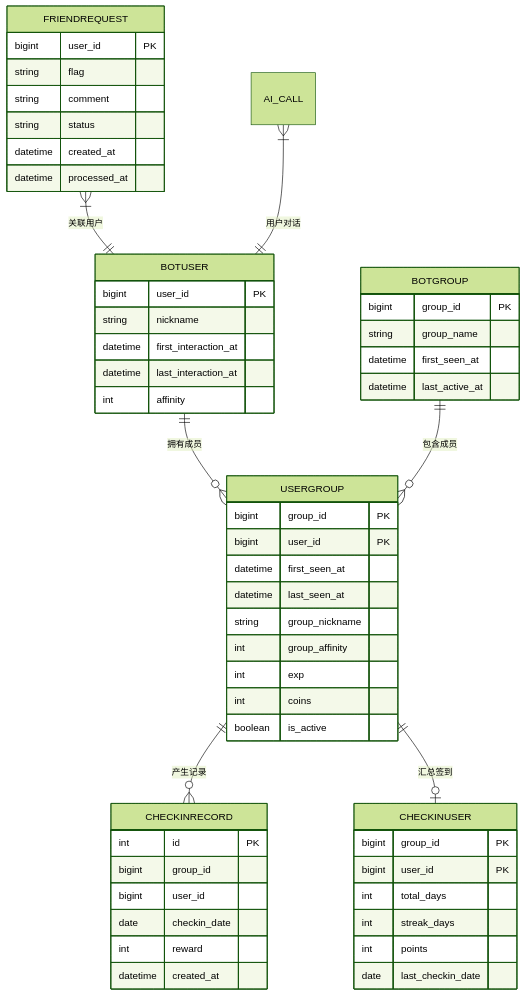
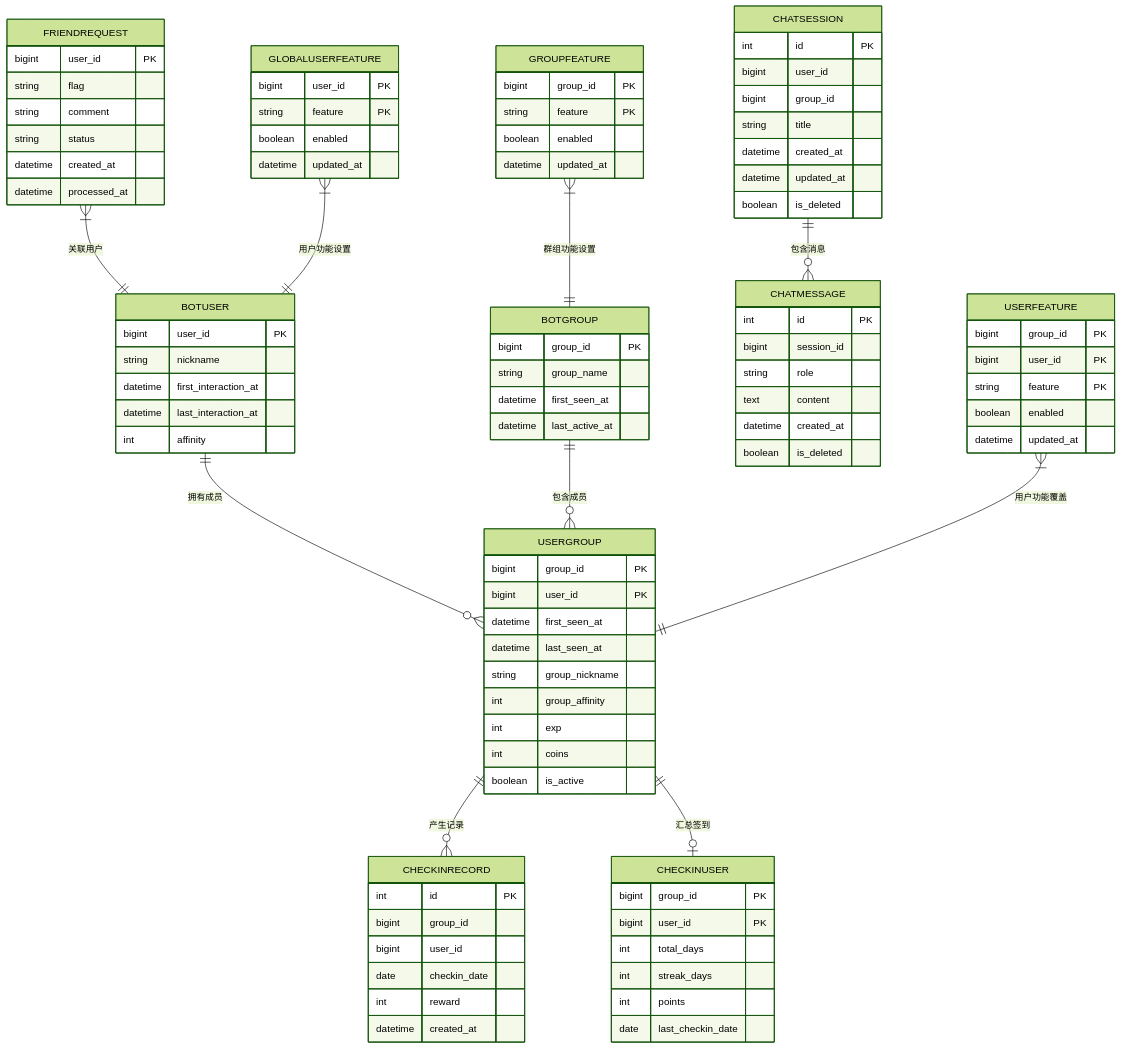
Before and after one commit to Wohaokunr/yawn_bot: the tenth of 10 diagrams in .qoder/repowiki/zh/content/核心功能模块/核心功能模块.md, drawn with Mermaid (forest theme). The commit also changed other lines of this file and 28 other files, not shown here.

````diff
--- a/.qoder/repowiki/zh/content/核心功能模块/核心功能模块.md
+++ b/.qoder/repowiki/zh/content/核心功能模块/核心功能模块.md
@@ -382,10 +519,49 @@
 datetime created_at
 datetime processed_at
 }
+CHATSESSION {
+int id PK
+bigint user_id
+bigint group_id
+string title
+datetime created_at
+datetime updated_at
+boolean is_deleted
+}
+CHATMESSAGE {
+int id PK
+bigint session_id
+string role
+text content
+datetime created_at
+boolean is_deleted
+}
+GLOBALUSERFEATURE {
+bigint user_id PK
+string feature PK
+boolean enabled
+datetime updated_at
+}
+USERFEATURE {
+bigint group_id PK
+bigint user_id PK
+string feature PK
+boolean enabled
+datetime updated_at
+}
+GROUPFEATURE {
+bigint group_id PK
+string feature PK
+boolean enabled
+datetime updated_at
+}
 BOTUSER ||--o{ USERGROUP : "拥有成员"
 BOTGROUP ||--o{ USERGROUP : "包含成员"
 USERGROUP ||--o{ CHECKINRECORD : "产生记录"
 USERGROUP ||--o| CHECKINUSER : "汇总签到"
 FRIENDREQUEST }|--|| BOTUSER : "关联用户"
-AI_CALL }|--|| BOTUSER : "用户对话"
+CHATSESSION ||--o{ CHATMESSAGE : "包含消息"
+GLOBALUSERFEATURE }|--|| BOTUSER : "用户功能设置"
+USERFEATURE }|--|| USERGROUP : "用户功能覆盖"
+GROUPFEATURE }|--|| BOTGROUP : "群组功能设置"
 ```
````
